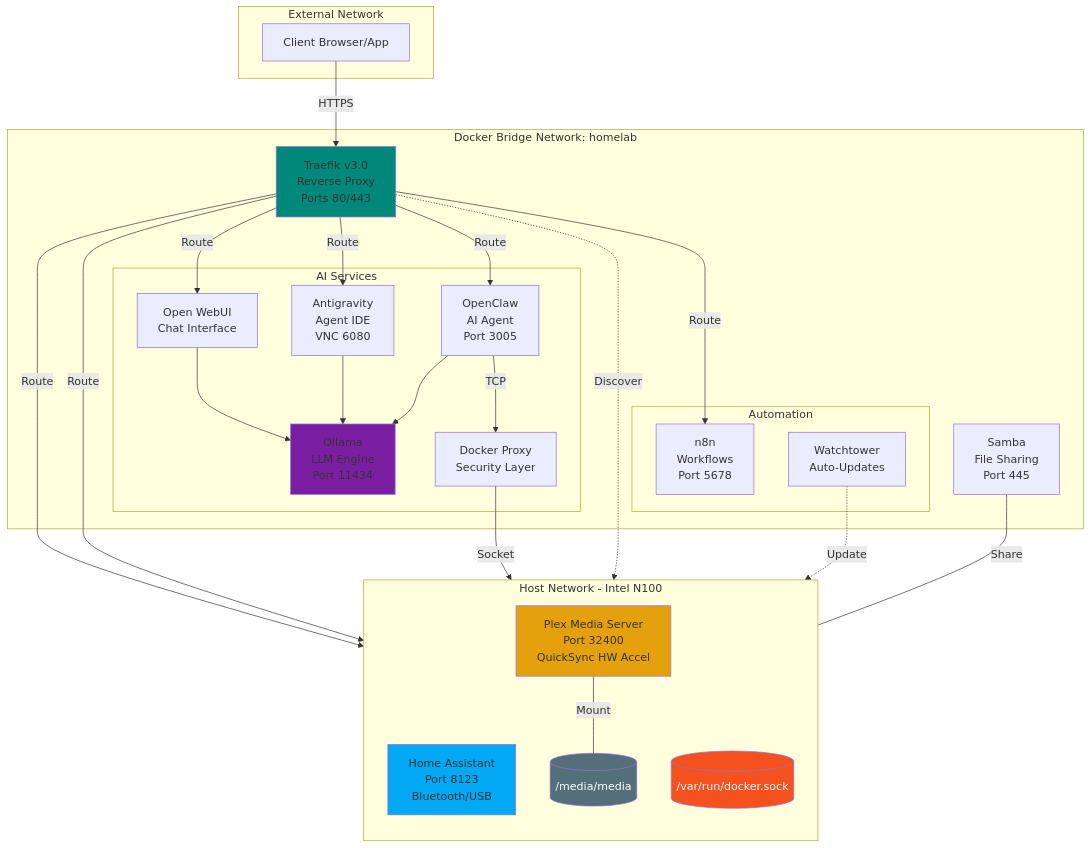
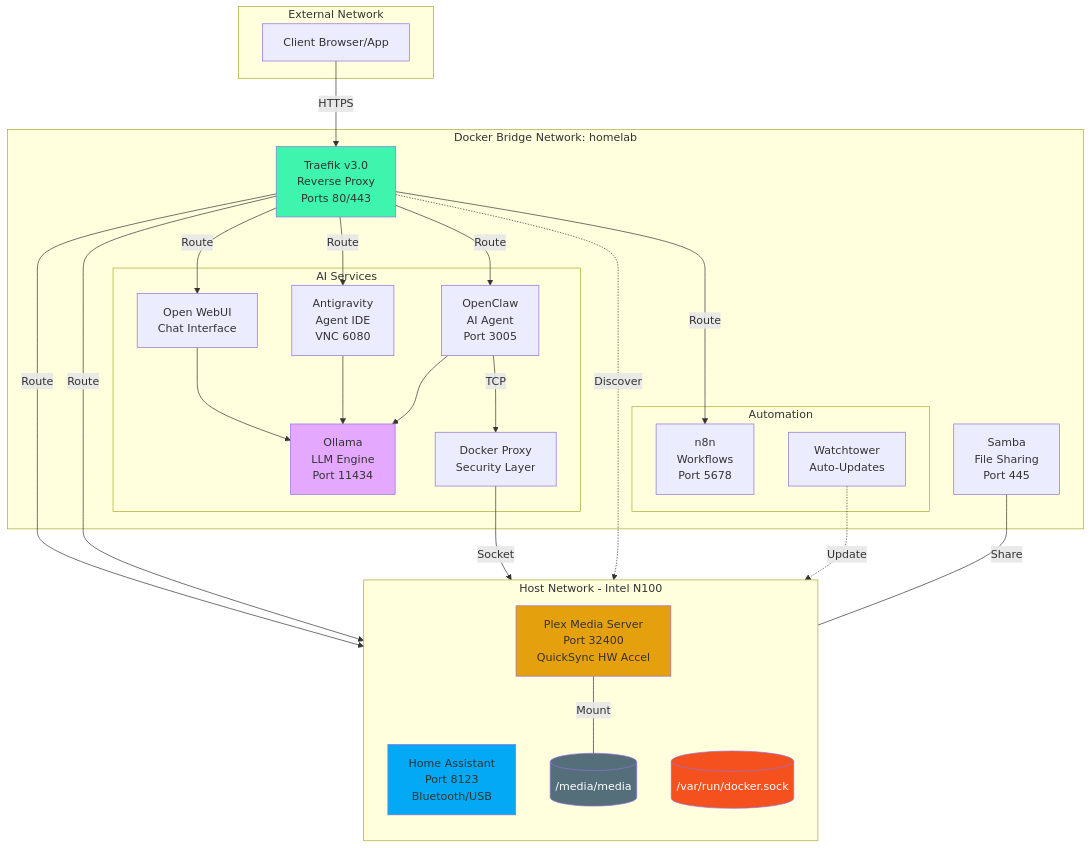
One commit to oweibor/homelab changed the diagram in README.md. Above: the diagram before and after it, drawn with Mermaid.

Commit message:
minor descriptive changes

````diff
--- a/README.md
+++ b/README.md
@@ -161,63 +161,63 @@
 ```mermaid
 graph TB
     subgraph Internet[External Network]
         User[Client Browser/App]
     end
 
     subgraph HostNet[Host Network - Intel N100]
         direction TB
         HA[Home Assistant<br/>Port 8123<br/>Bluetooth/USB]
         Plex[Plex Media Server<br/>Port 32400<br/>QuickSync HW Accel]
         DockerSock[("/var/run/docker.sock")]
         MediaData[("/media/media")]
     end
 
     subgraph DockerBridge[Docker Bridge Network: homelab]
         Traefik[Traefik v3.0<br/>Reverse Proxy<br/>Ports 80/443]
         
         subgraph AIStack[AI Services]
             Ollama[Ollama<br/>LLM Engine<br/>Port 11434]
             WebUI[Open WebUI<br/>Chat Interface]
             Antigravity[Antigravity<br/>Agent IDE<br/>VNC 6080]
             OpenClaw[OpenClaw<br/>AI Agent<br/>Port 3005]
             Proxy[Docker Proxy<br/>Security Layer]
         end
         
         subgraph AutoStack[Automation]
             n8n[n8n<br/>Workflows<br/>Port 5678]
             Watchtower[Watchtower<br/>Auto-Updates]
         end
         
         Samba[Samba<br/>File Sharing<br/>Port 445]
     end
 
     User -->|HTTPS| Traefik
     Traefik -->|Route| WebUI
     Traefik -->|Route| HA
     Traefik -->|Route| Plex
     Traefik -->|Route| n8n
     Traefik -->|Route| Antigravity
     Traefik -->|Route| OpenClaw
 
     WebUI --> Ollama
     Antigravity --> Ollama
     OpenClaw --> Ollama
     
     %% System Integrations
     OpenClaw -->|TCP| Proxy
     Proxy -->|Socket| DockerSock
     
     %% System Integrations
     Traefik -.->|Discover| DockerSock
     Watchtower -.->|Update| DockerSock
     
     Plex ---|Mount| MediaData
     Samba ---|Share| MediaData
 
-    style Traefik fill:#00897B
-    style Ollama fill:#7B1FA2
+    style Traefik fill:#3ff4ad
+    style Ollama fill:#e5a8ff
     style HA fill:#03A9F4
     style Plex fill:#E5A00D
     style MediaData fill:#546E7A,color:#fff
     style DockerSock fill:#F4511E,color:#fff
 ```
````
